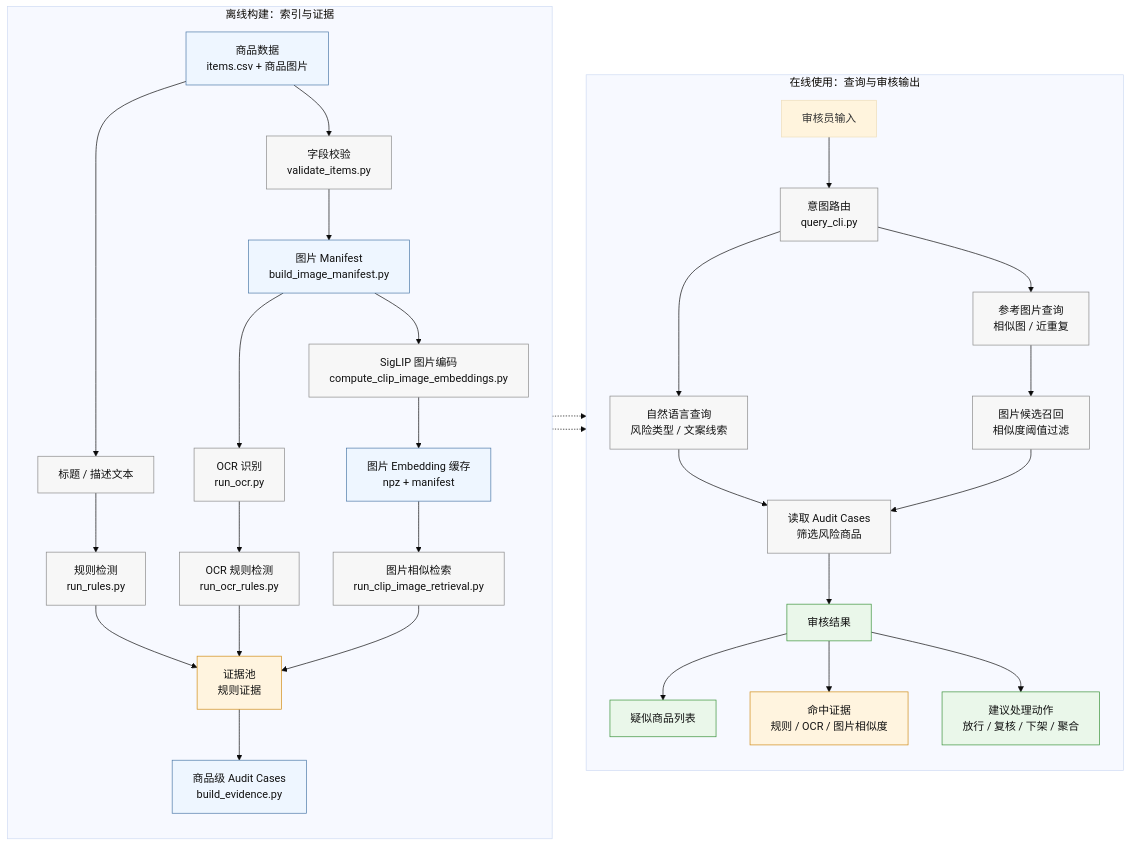
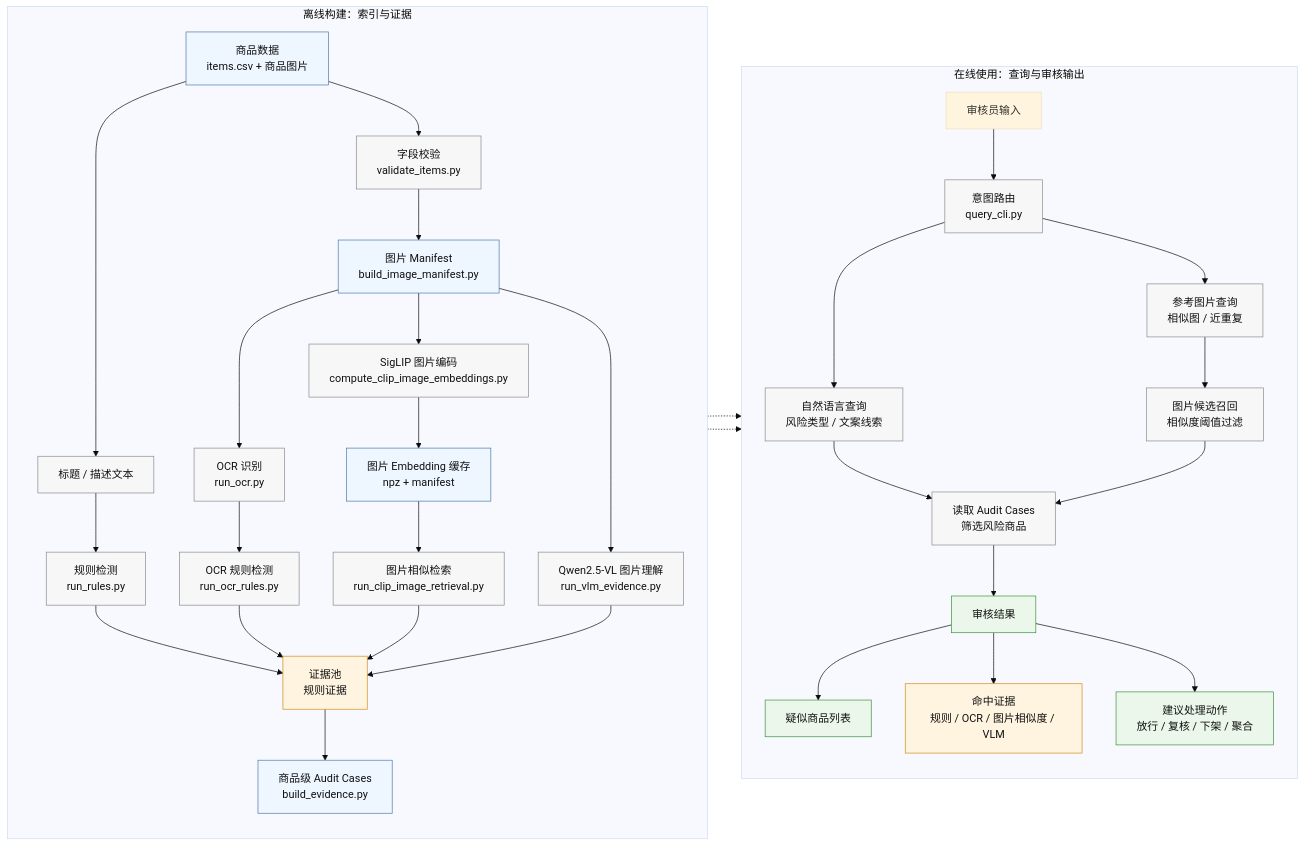
One commit to William-Tyls/ecommerce-multimodal-moderation-retrieval changed the diagram in README.md. Above: the diagram before and after it, drawn with Mermaid (base theme). The commit also changed other lines of this file and 6 other files, not shown here.

Commit message:
Add Qwen2.5-VL visual evidence module

````diff
--- a/README.md
+++ b/README.md
@@ -15,52 +16,55 @@
 ```mermaid
 flowchart LR
     subgraph OFF["离线构建：索引与证据"]
         direction TB
         A["商品数据<br/>items.csv + 商品图片"] --> B["字段校验<br/>validate_items.py"]
         B --> C["图片 Manifest<br/>build_image_manifest.py"]
 
         A --> D["标题 / 描述文本"]
         D --> E["规则检测<br/>run_rules.py"]
 
         C --> F["OCR 识别<br/>run_ocr.py"]
         F --> G["OCR 规则检测<br/>run_ocr_rules.py"]
 
         C --> H["SigLIP 图片编码<br/>compute_clip_image_embeddings.py"]
         H --> I["图片 Embedding 缓存<br/>npz + manifest"]
         I --> J["图片相似检索<br/>run_clip_image_retrieval.py"]
 
+        C --> W["Qwen2.5-VL 图片理解<br/>run_vlm_evidence.py"]
+
         E --> K["证据池<br/>规则证据"]
         G --> K
         J --> K
+        W --> K
         K --> L["商品级 Audit Cases<br/>build_evidence.py"]
     end
 
     subgraph ON["在线使用：查询与审核输出"]
         direction TB
         M["审核员输入"] --> N["意图路由<br/>query_cli.py"]
         N --> O["自然语言查询<br/>风险类型 / 文案线索"]
         N --> P["参考图片查询<br/>相似图 / 近重复"]
 
         O --> Q["读取 Audit Cases<br/>筛选风险商品"]
         P --> R["图片候选召回<br/>相似度阈值过滤"]
         R --> Q
 
         Q --> S["审核结果"]
         S --> T["疑似商品列表"]
-        S --> U["命中证据<br/>规则 / OCR / 图片相似度"]
+        S --> U["命中证据<br/>规则 / OCR / 图片相似度 / VLM"]
         S --> V["建议处理动作<br/>放行 / 复核 / 下架 / 聚合"]
     end
 
     L -.-> Q
     I -.-> R
 
     classDef data fill:#eef6ff,stroke:#4c78a8,stroke-width:1px,color:#111;
     classDef process fill:#f7f7f7,stroke:#8a8a8a,stroke-width:1px,color:#111;
     classDef evidence fill:#fff4df,stroke:#d08b16,stroke-width:1px,color:#111;
     classDef output fill:#eaf7ea,stroke:#3a923a,stroke-width:1px,color:#111;
 
     class A,C,I,L data;
-    class B,D,E,F,G,H,J,N,O,P,Q,R process;
+    class B,D,E,F,G,H,J,N,O,P,Q,R,W process;
     class K,U evidence;
     class S,T,V output;
 ```
````
